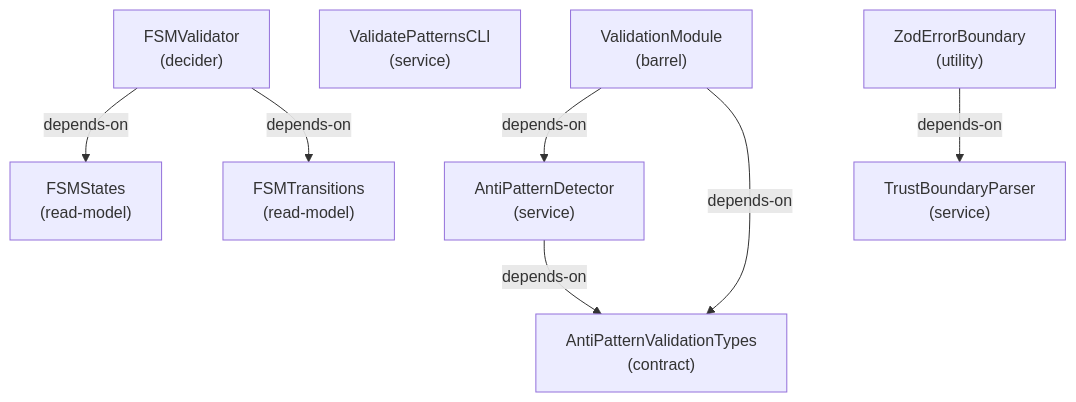
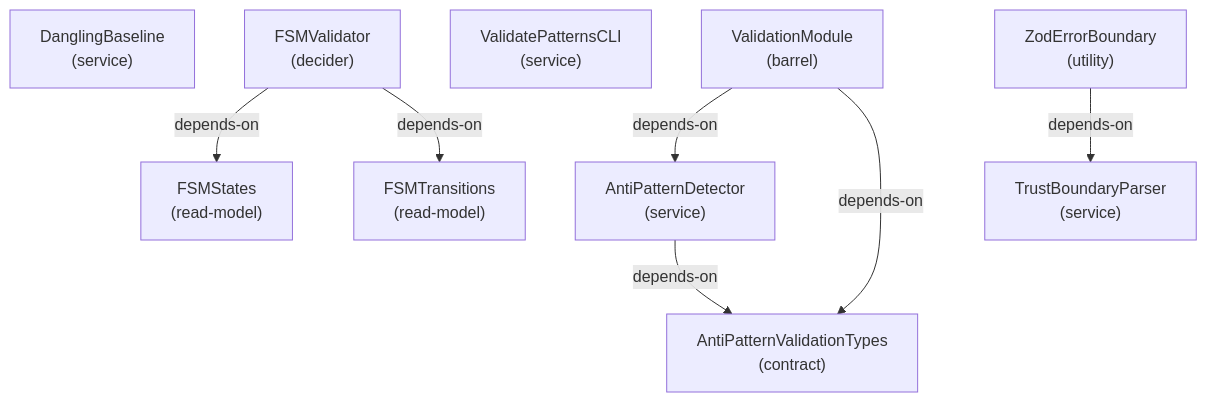
Diagram 22 of 23 in docs-live/ARCHITECTURE.md (libar-dev/architect), drawn with Mermaid before and after one commit. The commit also changed other lines of this file and 185 other files, not shown here.

Commit message:
refactor(architect): replace facade with frozen graph handle

````diff
--- a/docs-live/ARCHITECTURE.md
+++ b/docs-live/ARCHITECTURE.md
@@ -560,18 +560,19 @@
 ```mermaid
 graph TD
   antipatterndetector["AntiPatternDetector<br/>(service)"]
   antipatternvalidationtypes["AntiPatternValidationTypes<br/>(contract)"]
+  danglingbaseline["DanglingBaseline<br/>(service)"]
   fsmstates["FSMStates<br/>(read-model)"]
   fsmtransitions["FSMTransitions<br/>(read-model)"]
   fsmvalidator["FSMValidator<br/>(decider)"]
   trustboundaryparser["TrustBoundaryParser<br/>(service)"]
   validatepatternscli["ValidatePatternsCLI<br/>(service)"]
   validationmodule["ValidationModule<br/>(barrel)"]
   zoderrorboundary["ZodErrorBoundary<br/>(utility)"]
   antipatterndetector -->|depends-on| antipatternvalidationtypes
   fsmvalidator -->|depends-on| fsmstates
   fsmvalidator -->|depends-on| fsmtransitions
   validationmodule -->|depends-on| antipatterndetector
   validationmodule -->|depends-on| antipatternvalidationtypes
   zoderrorboundary -->|depends-on| trustboundaryparser
 ```
````
